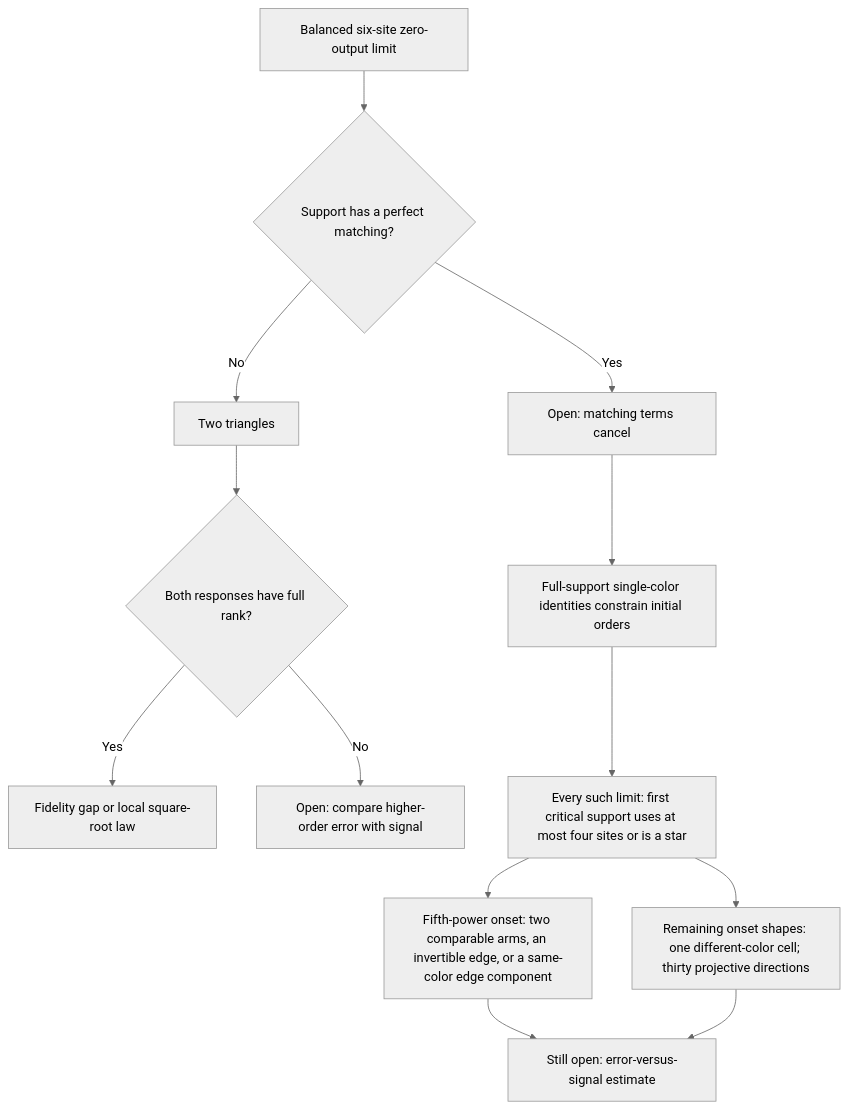
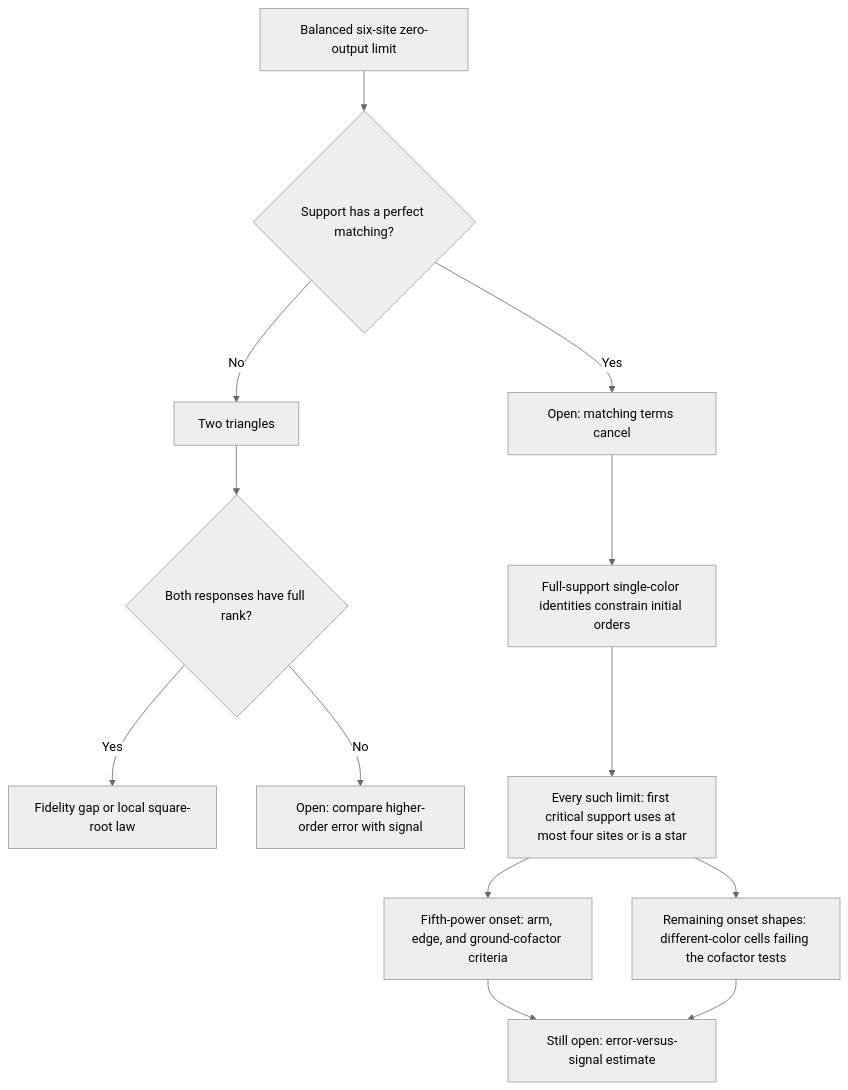
Before and after one commit to rrajasek95/krenn-conjecture: the diagram in research/ghz-rates/README.md, drawn with Mermaid (neutral theme). The commit also changed other lines of this file and 10 other files, not shown here.

Commit message:
Prove rank-free GHZ cofactor criteria using balanced bilinear responses

```diff
--- a/research/ghz-rates/README.md
+++ b/research/ghz-rates/README.md
@@ -54,15 +55,15 @@
 ~~~mermaid
 flowchart TD
     A["Balanced six-site zero-output limit"] --> B{"Support has a perfect matching?"}
     B -->|No| C["Two triangles"]
     C --> D{"Both responses have full rank?"}
     D -->|Yes| E["Fidelity gap or local square-root law"]
     D -->|No| F["Open: compare higher-order error with signal"]
     B -->|Yes| G["Open: matching terms cancel"]
     G --> H["Full-support single-color identities constrain initial orders"]
     H --> I["Every such limit: first critical support uses at most four sites or is a star"]
-    I --> J["Fifth-power onset: two comparable arms, an invertible edge, or a same-color edge component"]
-    I --> K["Remaining onset shapes: one different-color cell; thirty projective directions"]
+    I --> J["Fifth-power onset: arm, edge, and ground-cofactor criteria"]
+    I --> K["Remaining onset shapes: different-color cells failing the cofactor tests"]
     J --> L["Still open: error-versus-signal estimate"]
     K --> L
 ~~~
```
